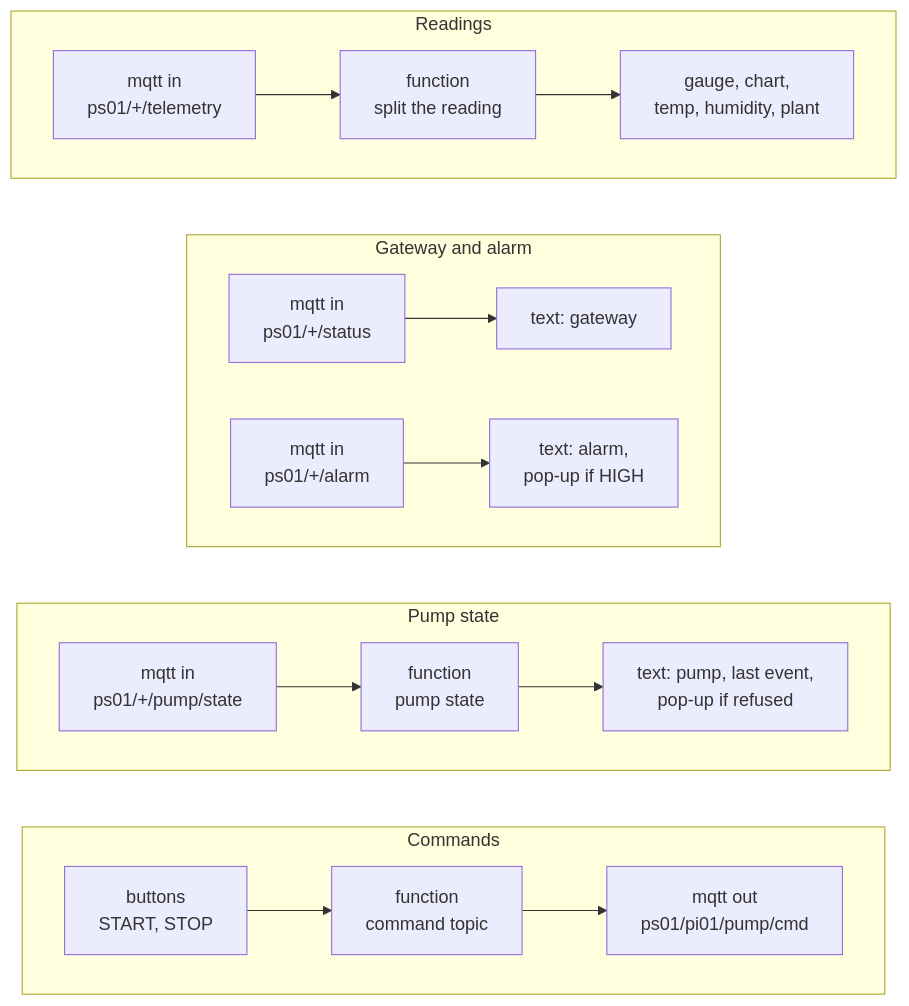
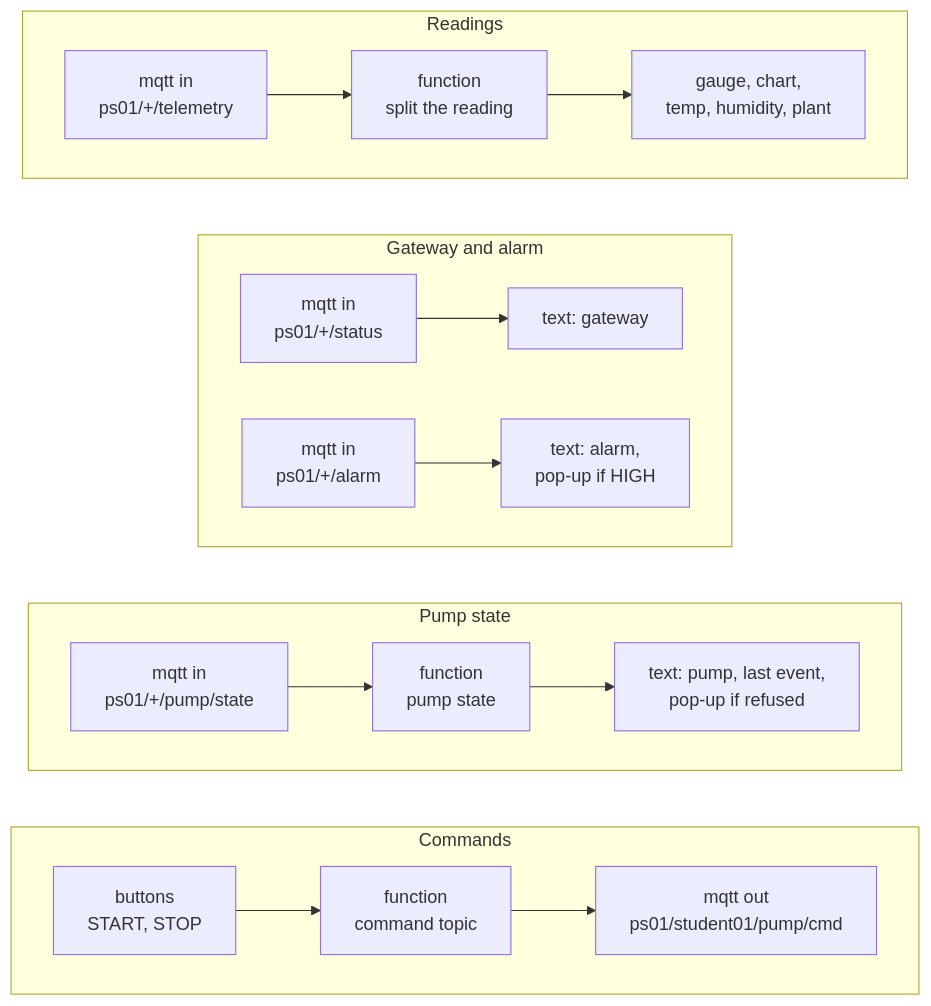
The seventh of 7 diagrams in day2.md (luqmanyusof/industrial-iot-raspberry-pi), drawn with Mermaid before and after one commit. The commit also changed other lines of this file and 17 other files, not shown here.

````diff
--- a/day2.md
+++ b/day2.md
@@ -1060,21 +1060,21 @@
 ```mermaid
 flowchart TB
     subgraph L1["Readings"]
         direction LR
         t["mqtt in<br/>ps01/+/telemetry"] --> f["function<br/>split the reading"] --> w1["gauge, chart,<br/>temp, humidity, plant"]
     end
     subgraph L2["Gateway and alarm"]
         direction LR
         s["mqtt in<br/>ps01/+/status"] --> st["text: gateway"]
         a["mqtt in<br/>ps01/+/alarm"] --> at["text: alarm,<br/>pop-up if HIGH"]
     end
     subgraph L3["Pump state"]
         direction LR
         p["mqtt in<br/>ps01/+/pump/state"] --> pf["function<br/>pump state"] --> pt["text: pump, last event,<br/>pop-up if refused"]
     end
     subgraph L4["Commands"]
         direction LR
-        b["buttons<br/>START, STOP"] --> fc["function<br/>command topic"] --> o["mqtt out<br/>ps01/pi01/pump/cmd"]
+        b["buttons<br/>START, STOP"] --> fc["function<br/>command topic"] --> o["mqtt out<br/>ps01/student01/pump/cmd"]
     end
     L1 ~~~ L2 ~~~ L3 ~~~ L4
 ```
````
